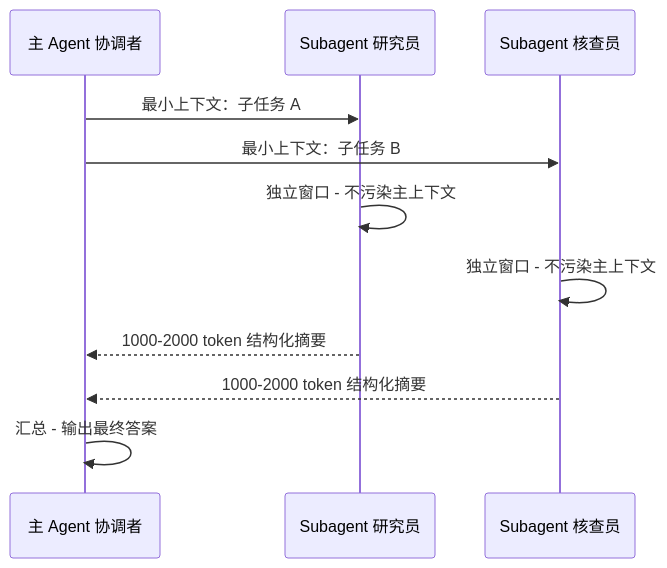
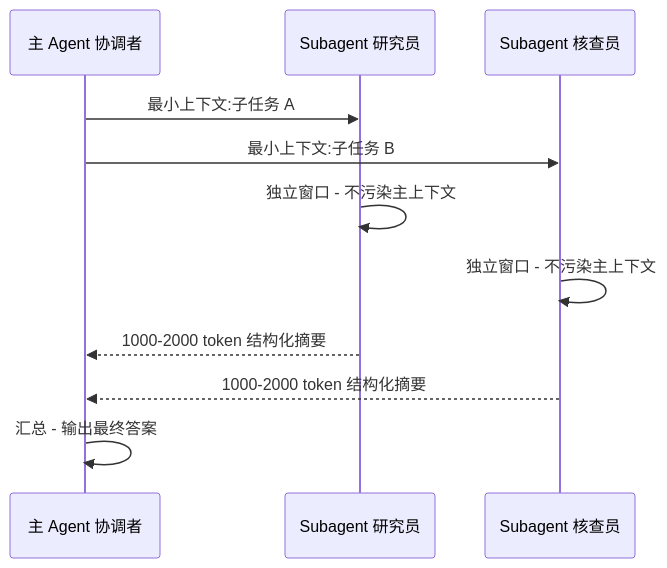
One commit to xiaobo1997/programmer-knowledge-graph changed the third of 3 diagrams in docs/ai/入门层/从零开始认识AI系列/12_多Agent与Subagent.md. Above: the diagram before and after it, drawn with Mermaid. The commit also changed other lines of this file and 217 other files, not shown here.

````diff
--- a/docs/ai/入门层/从零开始认识AI系列/12_多Agent与Subagent.md
+++ b/docs/ai/入门层/从零开始认识AI系列/12_多Agent与Subagent.md
@@ -148,13 +152,13 @@
 ```mermaid
 sequenceDiagram
     participant M as 主 Agent 协调者
     participant S1 as Subagent 研究员
     participant S2 as Subagent 核查员
-    M->>S1: 最小上下文：子任务 A
-    M->>S2: 最小上下文：子任务 B
+    M->>S1: 最小上下文:子任务 A
+    M->>S2: 最小上下文:子任务 B
     S1->>S1: 独立窗口 - 不污染主上下文
     S2->>S2: 独立窗口 - 不污染主上下文
     S1-->>M: 1000-2000 token 结构化摘要
     S2-->>M: 1000-2000 token 结构化摘要
     M->>M: 汇总 - 输出最终答案
 ```
````
